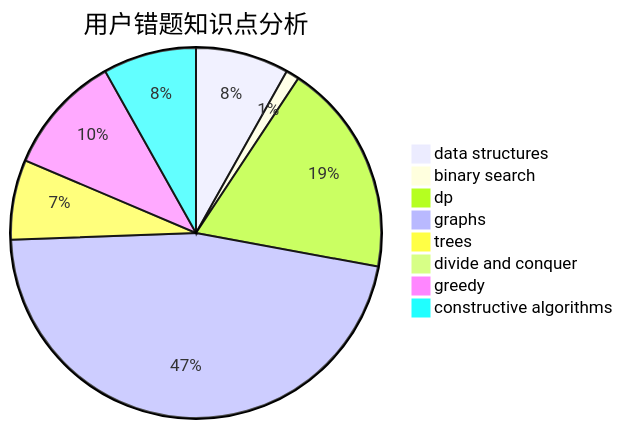
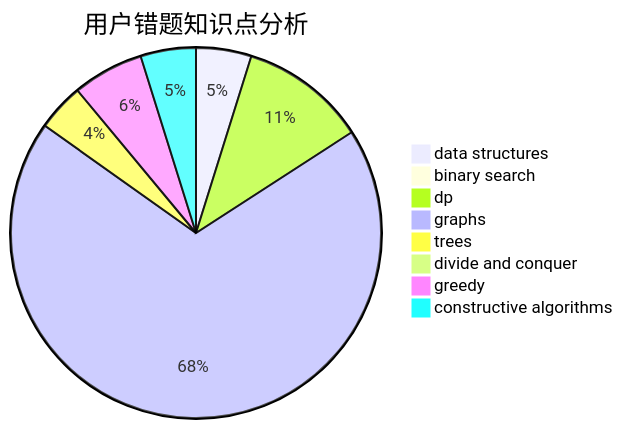
Before and after one commit to sherpahu/cfrs.github.io: the third of 3 diagrams in docs/user/u1341.md, drawn with Mermaid. The commit also changed other lines of this file and 2770 other files, not shown here.

````diff
--- a/docs/user/u1341.md
+++ b/docs/user/u1341.md
@@ -36,11 +36,11 @@
 ```mermaid
 pie title 用户错题知识点分析
     "data structures" :  7
     "binary search" :  1
     "dp" :  16
-    "graphs" :  40
+    "graphs" :  100
     "trees" :  6
     "divide and conquer" :  0
     "greedy" :  9
     "constructive algorithms" :  7
 ```
````
